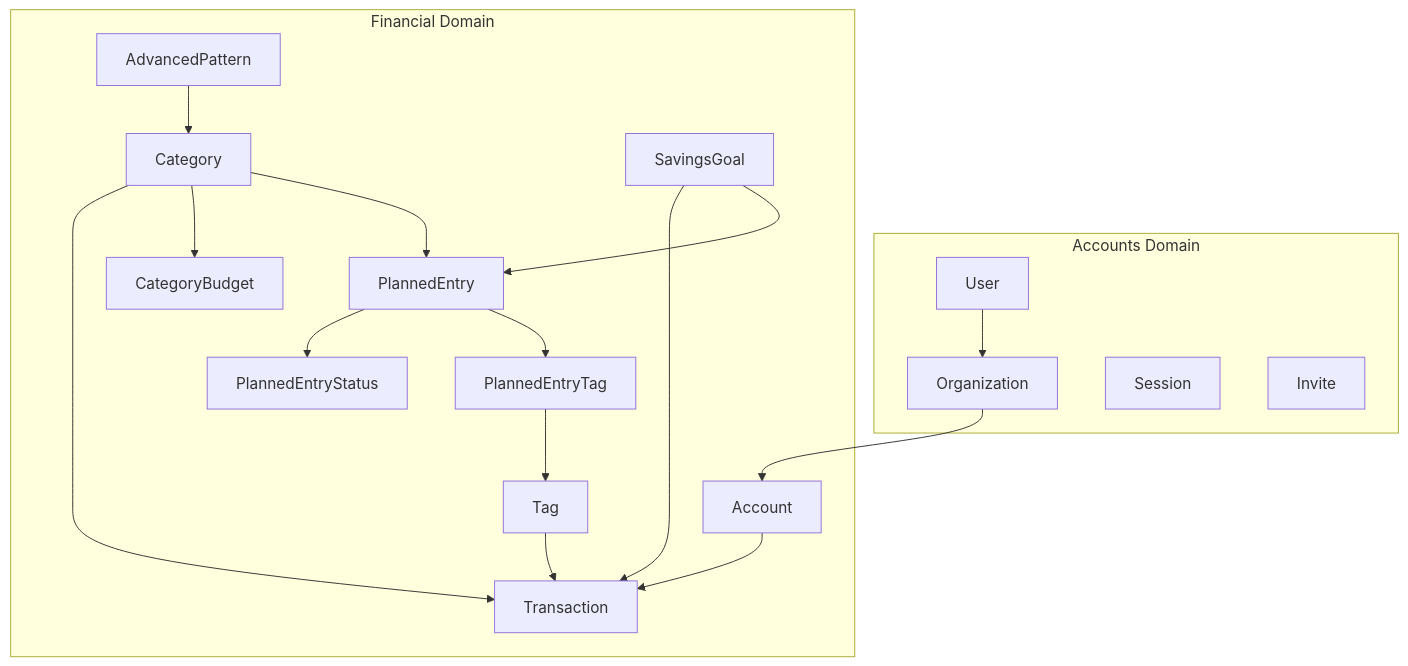
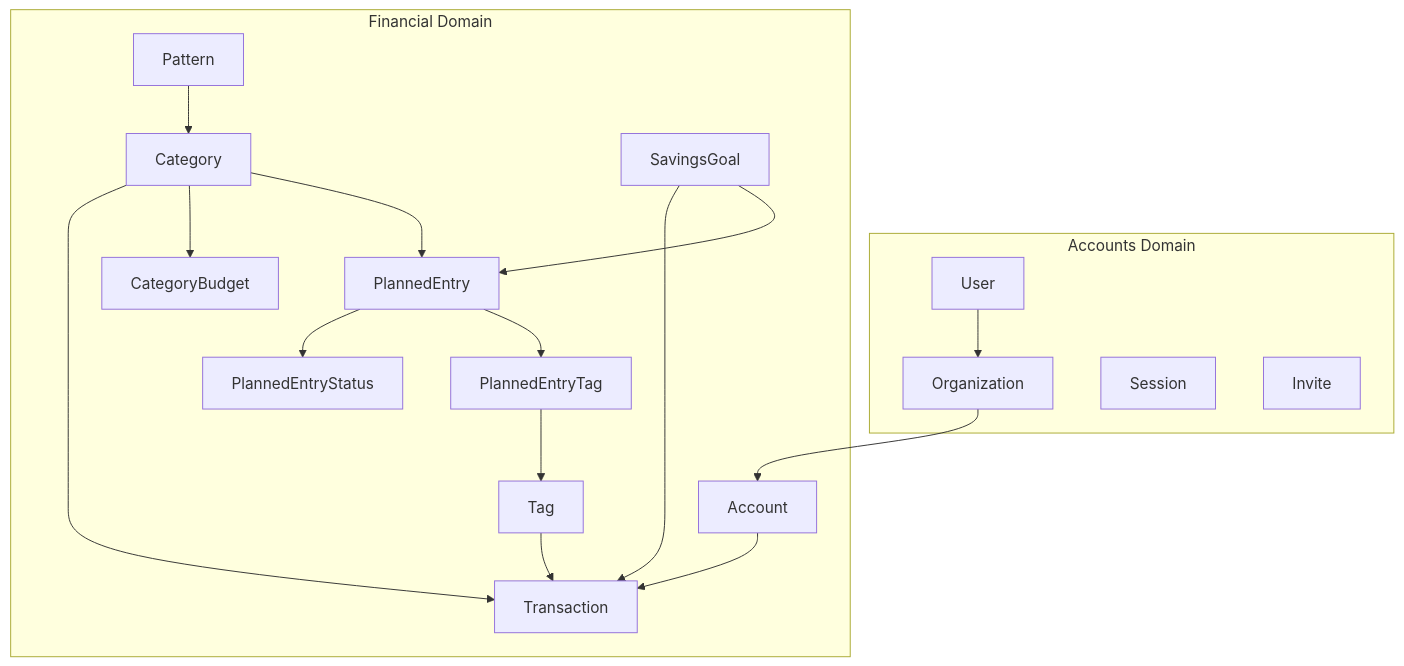
The first of 3 diagrams in docs/domains.md (lucastamoios/celeiro), drawn with Mermaid before and after one commit. The commit also changed other lines of this file and 7 other files, not shown here.

````diff
--- a/docs/domains.md
+++ b/docs/domains.md
@@ -5,37 +5,37 @@
 ```mermaid
 flowchart TD
     subgraph accounts["Accounts Domain"]
         User
         Organization
         Session
         Invite
     end
 
     subgraph financial["Financial Domain"]
         Account
         Transaction
         Category
         CategoryBudget
          PlannedEntry
          PlannedEntryStatus
          PlannedEntryTag
-         AdvancedPattern
+         Pattern
          SavingsGoal
          Tag
 
     end
 
     User --> Organization
     Organization --> Account
     Account --> Transaction
     Category --> Transaction
     Category --> CategoryBudget
     Category --> PlannedEntry
      PlannedEntry --> PlannedEntryStatus
      PlannedEntry --> PlannedEntryTag
      PlannedEntryTag --> Tag
-     AdvancedPattern --> Category
+     Pattern --> Category
      SavingsGoal --> Transaction
      SavingsGoal --> PlannedEntry
      Tag --> Transaction
 ```
````
